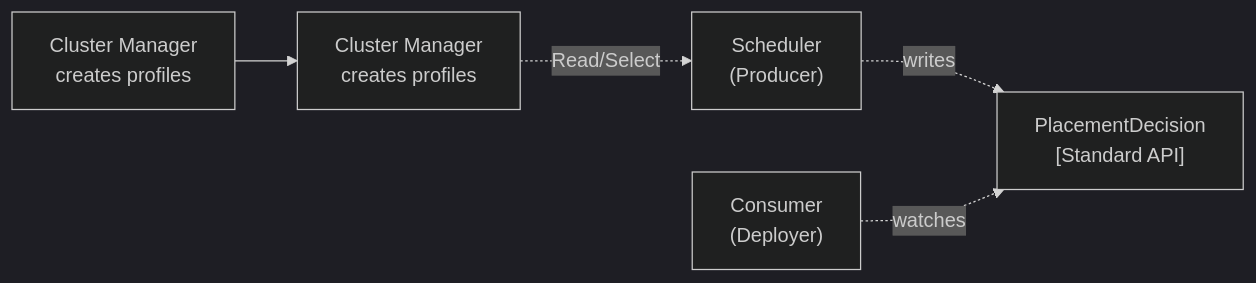
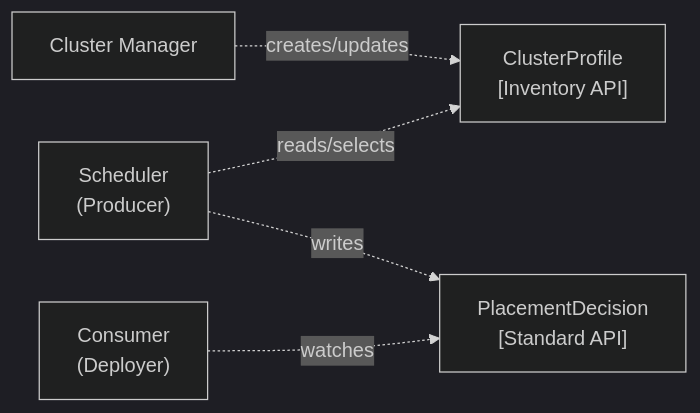
One commit to Manar-Elhabbal7/cluster-inventory-api changed the diagram in docs/placementdecision-adoption-guide.md. Above: the diagram before and after it, drawn with Mermaid (dark theme). The commit also changed other lines of this file, not shown here.

Commit message:
docs: refine adoption guide Mermaid diagram and code examples

````diff
--- a/docs/placementdecision-adoption-guide.md
+++ b/docs/placementdecision-adoption-guide.md
@@ -11,14 +11,14 @@
 ```mermaid
 flowchart LR
 
-    A["Cluster Manager<br/>creates profiles"]
-    B["Cluster Manager<br/>creates profiles"]
+    A["Cluster Manager"]
+    B["ClusterProfile<br/>[Inventory API]"]
     C["Scheduler<br/>(Producer)"]
     D["PlacementDecision<br/>[Standard API]"]
     E["Consumer<br/>(Deployer)"]
 
-    A --> B
-    B -. "Read/Select" .-> C
+    A -. "creates/updates" .-> B
+    C -. "reads/selects" .-> B
     C -. "writes" .-> D
     E -. "watches" .-> D
 ```
````
